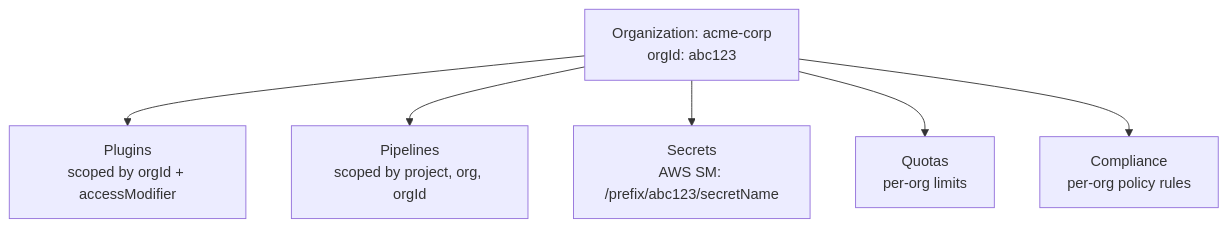
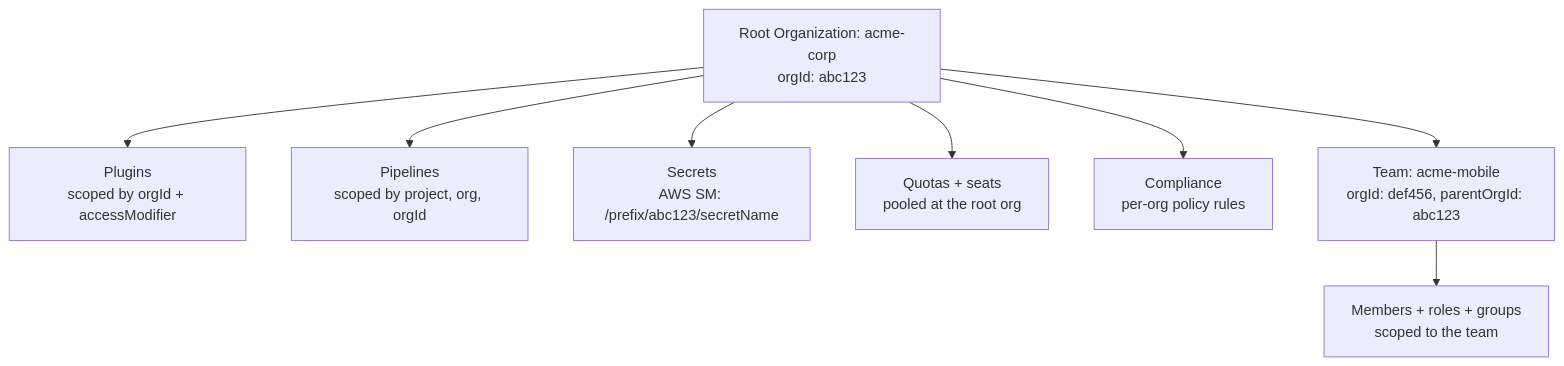
Before and after one commit to mwashburn160/pipeline-builder: the tenth of 10 diagrams in docs/architecture-flow.md, drawn with Mermaid. The commit also changed other lines of this file and 388 other files, not shown here.

````diff
--- a/docs/architecture-flow.md
+++ b/docs/architecture-flow.md
@@ -299,9 +299,11 @@
 ```mermaid
 flowchart TB
-    ORG[Organization: acme-corp<br/>orgId: abc123]
-    ORG --> PLUG[Plugins<br/>scoped by orgId + accessModifier]
-    ORG --> PIPE[Pipelines<br/>scoped by project, org, orgId]
-    ORG --> SEC[Secrets<br/>AWS SM: /prefix/abc123/secretName]
-    ORG --> QUO[Quotas<br/>per-org limits]
-    ORG --> COMP[Compliance<br/>per-org policy rules]
+    ROOT[Root Organization: acme-corp<br/>orgId: abc123]
+    ROOT --> PLUG[Plugins<br/>scoped by orgId + accessModifier]
+    ROOT --> PIPE[Pipelines<br/>scoped by project, org, orgId]
+    ROOT --> SEC[Secrets<br/>AWS SM: /prefix/abc123/secretName]
+    ROOT --> QUO[Quotas + seats<br/>pooled at the root org]
+    ROOT --> COMP[Compliance<br/>per-org policy rules]
+    ROOT --> TEAM[Team: acme-mobile<br/>orgId: def456, parentOrgId: abc123]
+    TEAM --> TMEM[Members + roles + groups<br/>scoped to the team]
 ```
````
